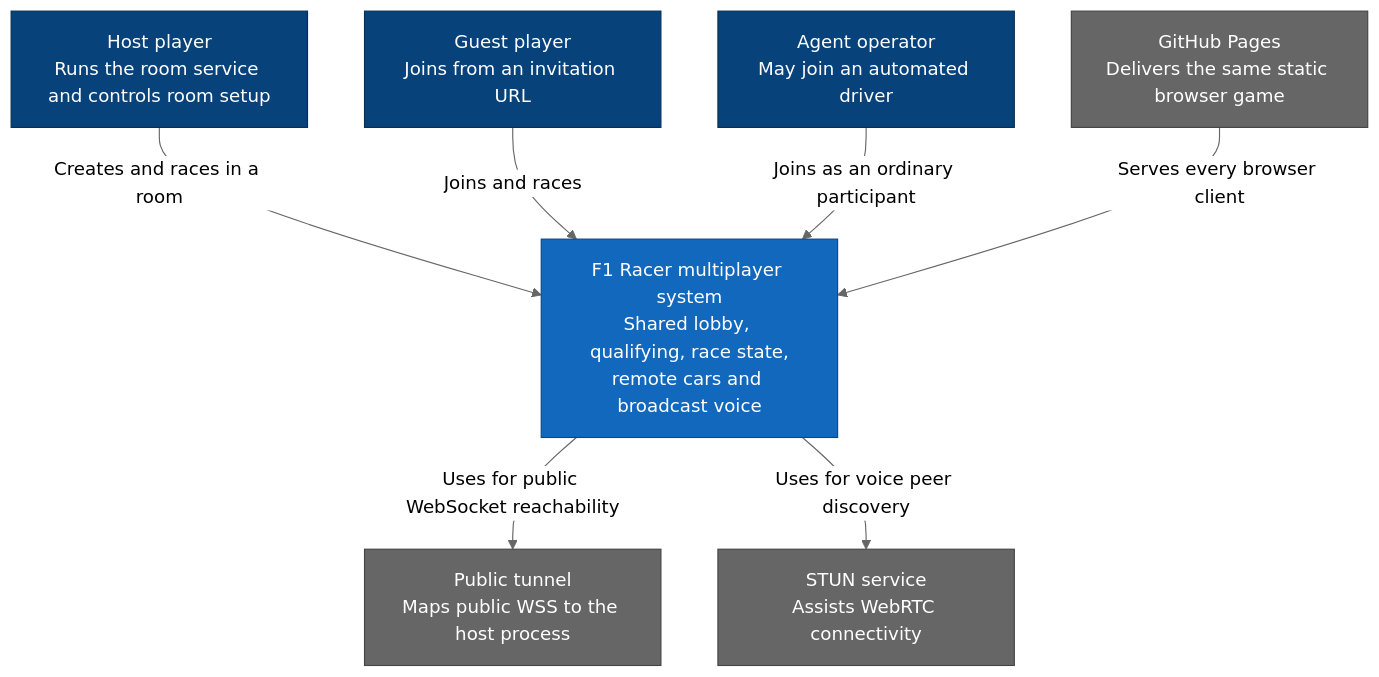
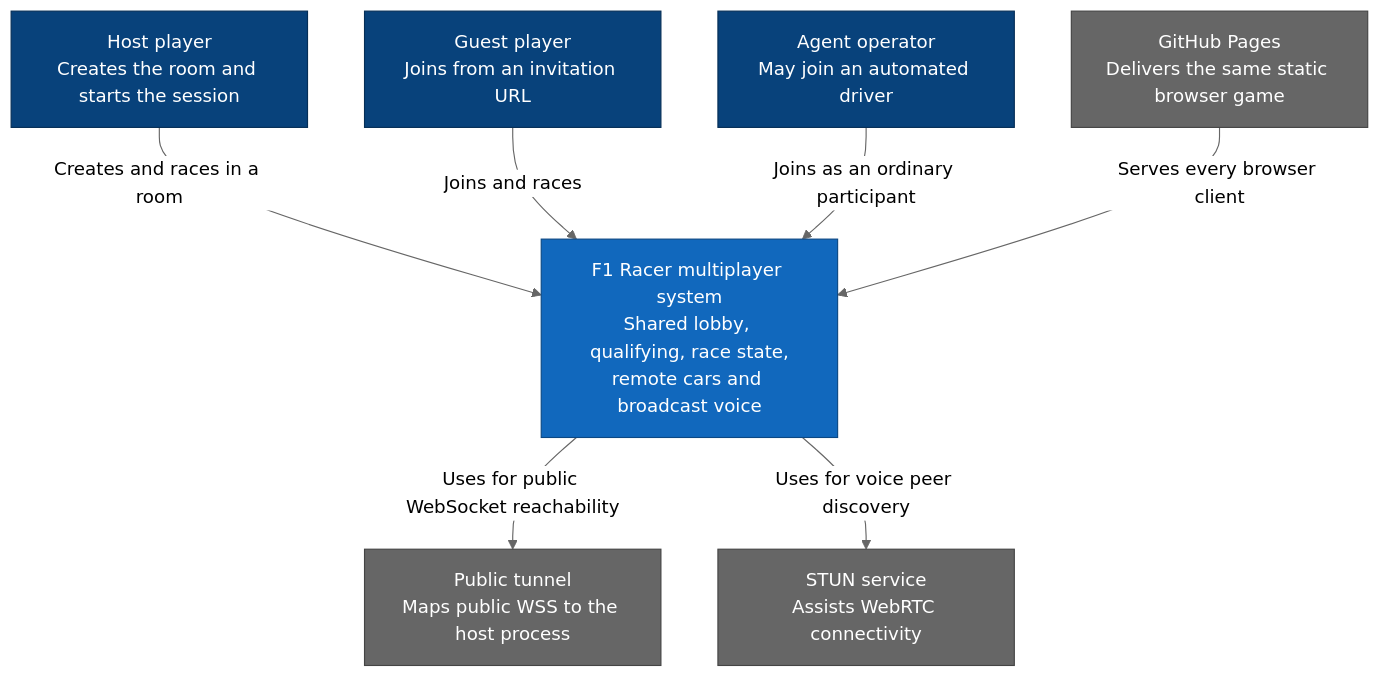
One commit to ottobit/f1-racer changed the second of 7 diagrams in llm-wiki/wiki/f1-racer/c4-multiplayer.md. Above: the diagram before and after it, drawn with Mermaid (neutral theme). The commit also changed other lines of this file, not shown here.

Commit message:
docs: reflect collaborative multiplayer setup (#347)

````diff
--- a/llm-wiki/wiki/f1-racer/c4-multiplayer.md
+++ b/llm-wiki/wiki/f1-racer/c4-multiplayer.md
@@ -24,23 +24,23 @@
 ```mermaid
 flowchart TB
-  host["Host player<br/>Runs the room service and controls room setup"]:::person
+  host["Host player<br/>Creates the room and starts the session"]:::person
   guest["Guest player<br/>Joins from an invitation URL"]:::person
   agent["Agent operator<br/>May join an automated driver"]:::person
 
   multi["F1 Racer multiplayer system<br/>Shared lobby, qualifying, race state,<br/>remote cars and broadcast voice"]:::container
 
   pages["GitHub Pages<br/>Delivers the same static browser game"]:::external
   tunnel["Public tunnel<br/>Maps public WSS to the host process"]:::external
   stun["STUN service<br/>Assists WebRTC connectivity"]:::external
 
   host -->|"Creates and races in a room"| multi
   guest -->|"Joins and races"| multi
   agent -->|"Joins as an ordinary participant"| multi
   pages -->|"Serves every browser client"| multi
   multi -->|"Uses for public WebSocket reachability"| tunnel
   multi -->|"Uses for voice peer discovery"| stun
 
   classDef person fill:#08427b,color:#fff,stroke:#052e56
   classDef container fill:#1168bd,color:#fff,stroke:#0b4884
   classDef external fill:#666,color:#fff,stroke:#444
 ```
````
